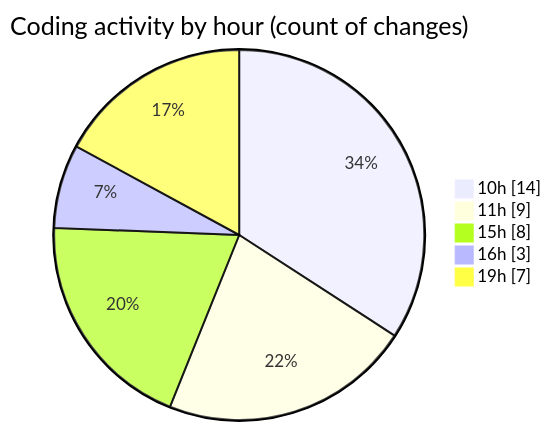
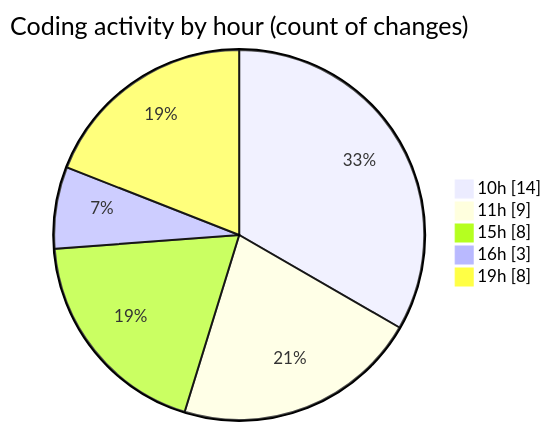
One commit to Elitesun/code-tracking changed the second of 2 diagrams in 2025-02-08/react_ecom/README.md. Above: the diagram before and after it, drawn with Mermaid. The commit also changed other lines of this file and 1 other file, not shown here.

````diff
--- a/2025-02-08/react_ecom/README.md
+++ b/2025-02-08/react_ecom/README.md
@@ -35,9 +35,9 @@
 ```mermaid
 pie showData
 title Coding activity by hour (count of changes)
 "10h" : 14
 "11h" : 9
 "15h" : 8
 "16h" : 3
-"19h" : 7
+"19h" : 8
 ```
````
